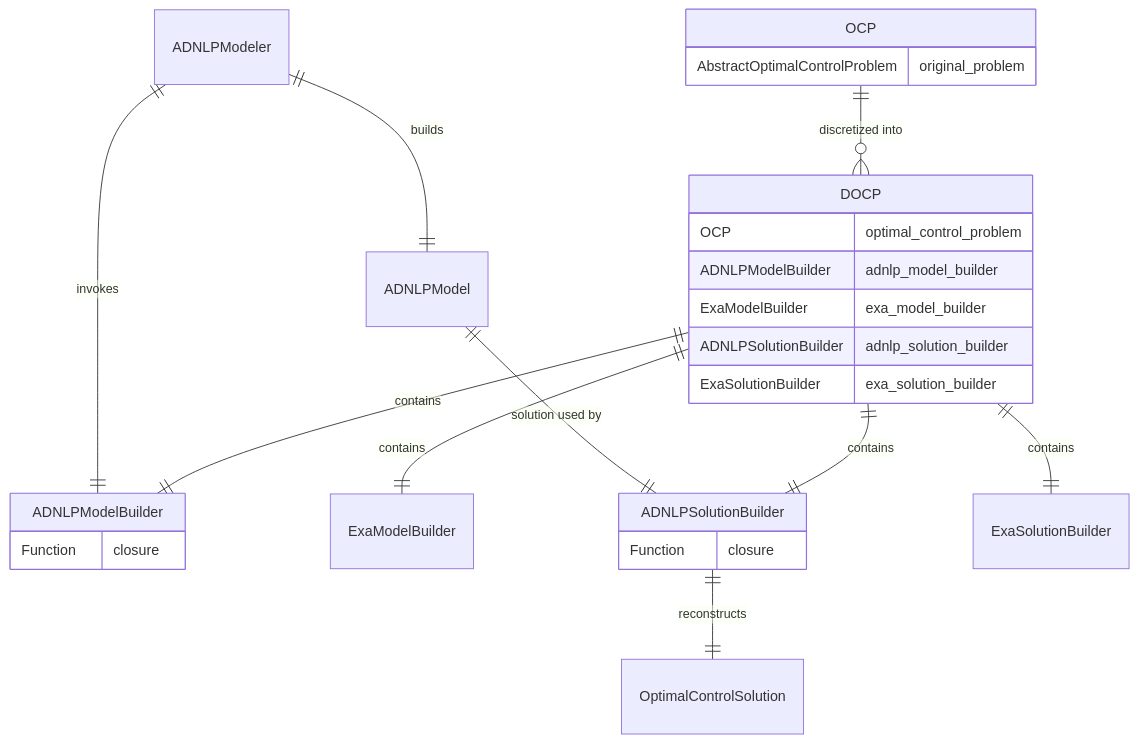
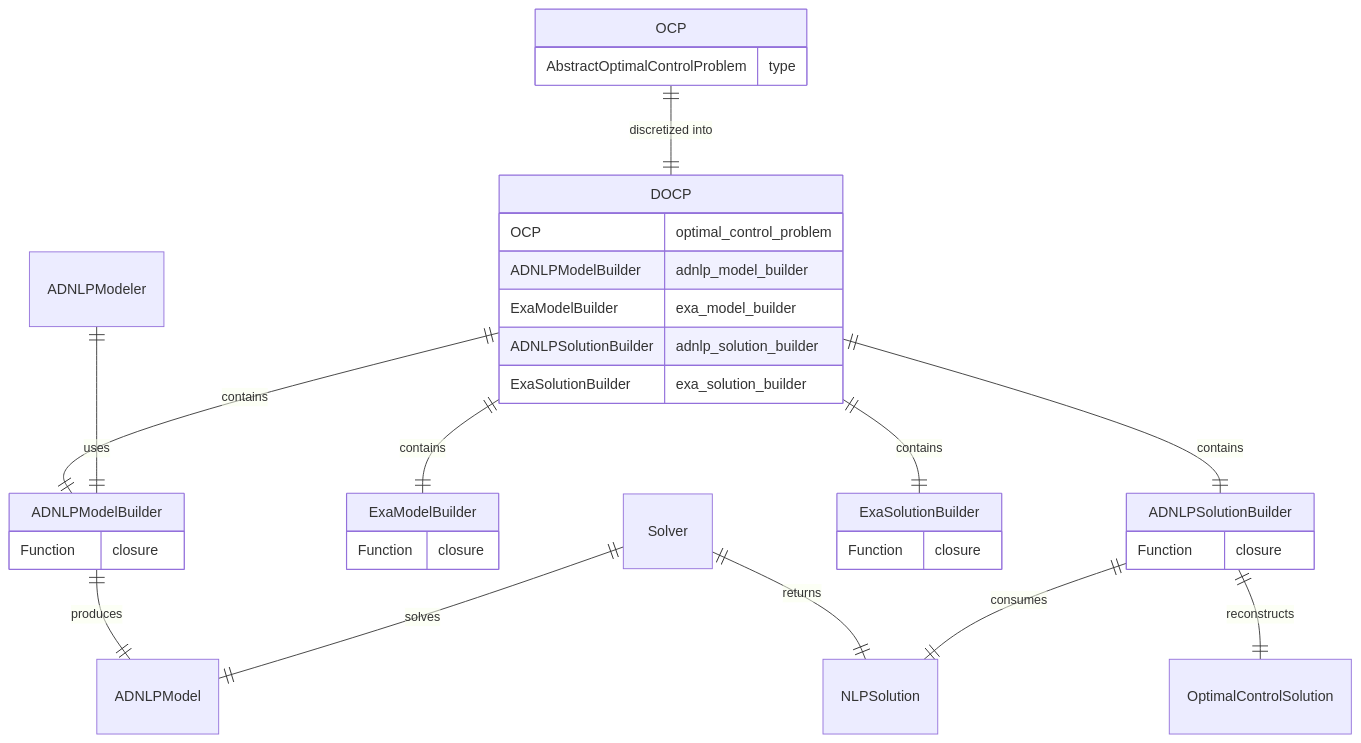
The diagram in reports/2026-01-27_DOCP/analysis/00_docp_architecture_audit.md (control-toolbox/CTModels.jl), drawn with Mermaid before and after one commit. The commit also changed other lines of this file, not shown here.

Commit message:
docs: fix ER diagram relationships and add missing builder closures

````diff
--- a/reports/2026-01-27_DOCP/analysis/00_docp_architecture_audit.md
+++ b/reports/2026-01-27_DOCP/analysis/00_docp_architecture_audit.md
@@ -64,31 +64,40 @@
 ```mermaid
 erDiagram
-    OCP ||--o{ DOCP : "discretized into"
+    OCP ||--|| DOCP : "discretized into"
     DOCP ||--|| ADNLPModelBuilder : "contains"
     DOCP ||--|| ExaModelBuilder : "contains"
     DOCP ||--|| ADNLPSolutionBuilder : "contains"
     DOCP ||--|| ExaSolutionBuilder : "contains"
     
-    ADNLPModeler ||--|| ADNLPModelBuilder : "invokes"
-    ADNLPModeler ||--|| ADNLPModel : "builds"
+    ADNLPModeler ||--|| ADNLPModelBuilder : "uses"
+    ADNLPModelBuilder ||--|| ADNLPModel : "produces"
     
-    ADNLPModel ||--|| ADNLPSolutionBuilder : "solution used by"
+    Solver ||--|| ADNLPModel : "solves"
+    Solver ||--|| NLPSolution : "returns"
+    
+    ADNLPSolutionBuilder ||--|| NLPSolution : "consumes"
     ADNLPSolutionBuilder ||--|| OptimalControlSolution : "reconstructs"
 
     OCP {
-        AbstractOptimalControlProblem original_problem
+        AbstractOptimalControlProblem type
     }
     DOCP {
         OCP optimal_control_problem
         ADNLPModelBuilder adnlp_model_builder
         ExaModelBuilder exa_model_builder
         ADNLPSolutionBuilder adnlp_solution_builder
         ExaSolutionBuilder exa_solution_builder
     }
     ADNLPModelBuilder {
         Function closure
     }
+    ExaModelBuilder {
+        Function closure
+    }
     ADNLPSolutionBuilder {
         Function closure
     }
+    ExaSolutionBuilder {
+        Function closure
+    }
 ```
````
